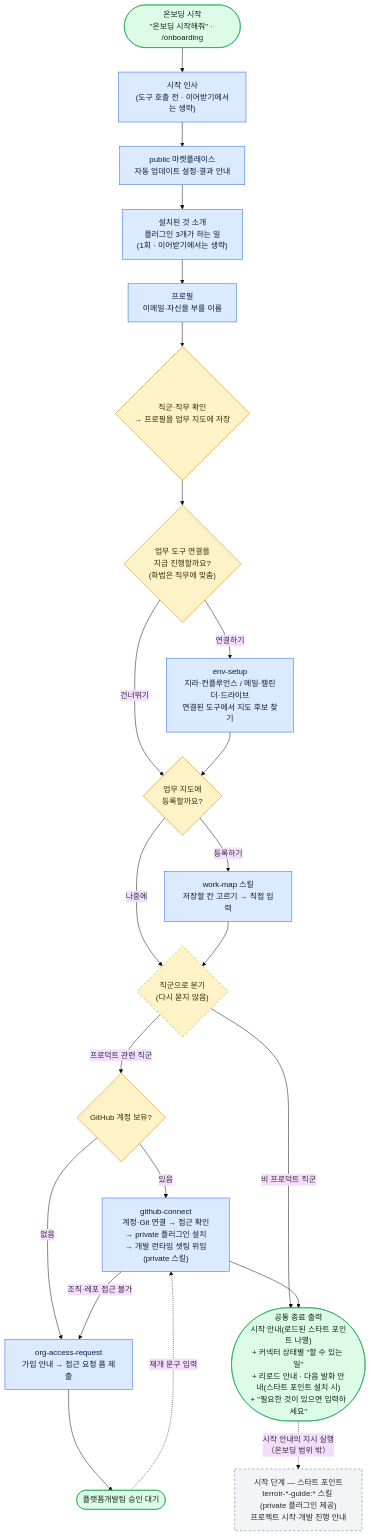
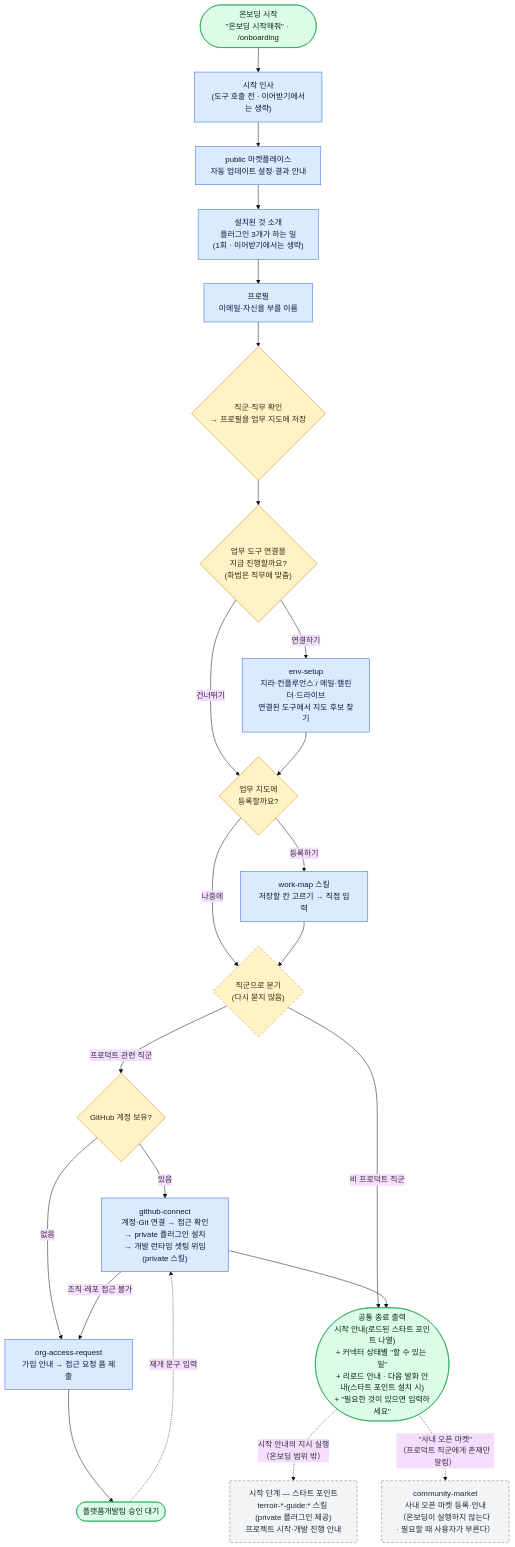
One commit to VntgCorp/terroir-claude-plugin-public changed the diagram in plugins/terroir-onboarding/README.md. Above: the diagram before and after it, drawn with Mermaid (base theme). The commit also changed 5 other files, not shown here.

First line of the commit message:
feat(onboarding): 사내 오픈 마켓을 안내하는 community-market 을 더한다 [RDDP-1374]

````diff
--- a/plugins/terroir-onboarding/README.md
+++ b/plugins/terroir-onboarding/README.md
@@ -51,59 +51,61 @@
 ```mermaid
 flowchart TD
     START(["온보딩 시작<br/>&quot;온보딩 시작해줘&quot; · /onboarding"])
     HELLO["시작 인사<br/>(도구 호출 전 · 이어받기에서는 생략)"]
     AUTO["public 마켓플레이스<br/>자동 업데이트 설정·결과 안내"]
     INTRO["설치된 것 소개<br/>플러그인 3개가 하는 일<br/>(1회 · 이어받기에서는 생략)"]
 
     PROF["프로필<br/>이메일·자신을 부를 이름"]
     Q1{"직군·직무 확인<br/>→ 프로필을 업무 지도에 저장"}
     Q2{"업무 도구 연결을<br/>지금 진행할까요?<br/>(화법은 직무에 맞춤)"}
     ENV["env-setup<br/>지라·컨플루언스 / 메일·캘린더·드라이브<br/>연결된 도구에서 지도 후보 찾기"]
     QM{"업무 지도에<br/>등록할까요?"}
     MAP["work-map 스킬<br/>저장할 칸 고르기 → 직접 입력"]
     BR{"직군으로 분기<br/>(다시 묻지 않음)"}
     Q3{"GitHub 계정 보유?"}
 
     GH["github-connect<br/>계정·Git 연결 → 접근 확인<br/>→ private 플러그인 설치<br/>→ 개발 런타임 셋팅 위임(private 스킬)"]
     OA["org-access-request<br/>가입 안내 → 접근 요청 폼 제출"]
     WAIT(["플랫폼개발팀 승인 대기"])
 
     END(["공통 종료 출력<br/>시작 안내(로드된 스타트 포인트 나열)<br/>+ 커넥터 상태별 &quot;할 수 있는 일&quot;<br/>+ 리로드 안내 · 다음 발화 안내(스타트 포인트 설치 시)<br/>+ &quot;필요한 것이 있으면 입력하세요&quot;"])
     SP["시작 단계 — 스타트 포인트<br/>terroir-*-guide:* 스킬 (private 플러그인 제공)<br/>프로젝트 시작·개발 진행 안내"]
+    CM["community-market<br/>사내 오픈 마켓 등록·안내<br/>（온보딩이 실행하지 않는다 · 필요할 때 사용자가 부른다）"]
 
     START --> HELLO
     HELLO --> AUTO
     AUTO --> INTRO
     INTRO --> PROF
     PROF --> Q1
     Q1 --> Q2
     Q2 -->|연결하기| ENV
     Q2 -->|건너뛰기| QM
     ENV --> QM
     QM -->|등록하기| MAP
     QM -->|나중에| BR
     MAP --> BR
 
     BR -->|프로덕트 관련 직군| Q3
     BR -->|비 프로덕트 직군| END
 
     Q3 -->|있음| GH
     Q3 -->|없음| OA
     GH -->|조직·레포 접근 불가| OA
     OA --> WAIT
     WAIT -.->|재개 문구 입력| GH
 
     GH --> END
     END -.->|시작 안내의 지시 실행<br/>（온보딩 범위 밖）| SP
+    END -.->|&quot;사내 오픈 마켓&quot;<br/>（프로덕트 직군에게 존재만 알림）| CM
 
     classDef skill fill:#dbeafe,stroke:#2563eb,color:#0b1b3a
     classDef gate fill:#fef3c7,stroke:#d97706,color:#3a2a05
     classDef term fill:#dcfce7,stroke:#16a34a,color:#0a2612
     classDef branch fill:#fef3c7,stroke:#d97706,color:#3a2a05,stroke-dasharray:5 4
     classDef ext fill:#f3f4f6,stroke:#6b7280,color:#1f2937,stroke-dasharray:5 4
     class HELLO,AUTO,INTRO,PROF,ENV,MAP,GH,OA skill
     class Q1,Q2,QM,Q3 gate
     class BR branch
     class START,END,WAIT term
-    class SP ext
+    class SP,CM ext
 ```
````
